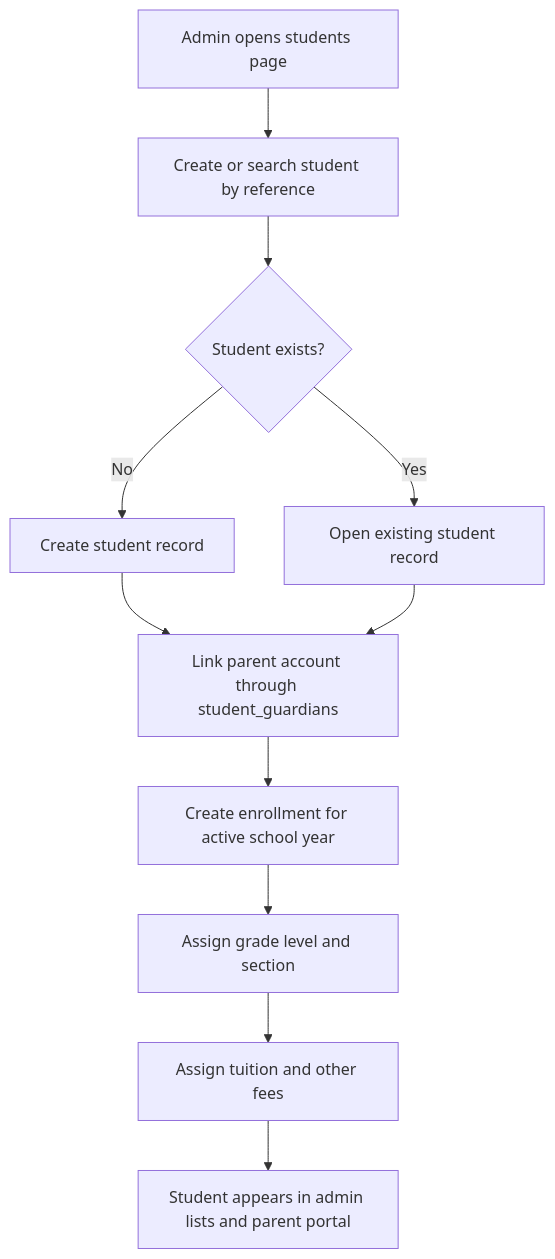
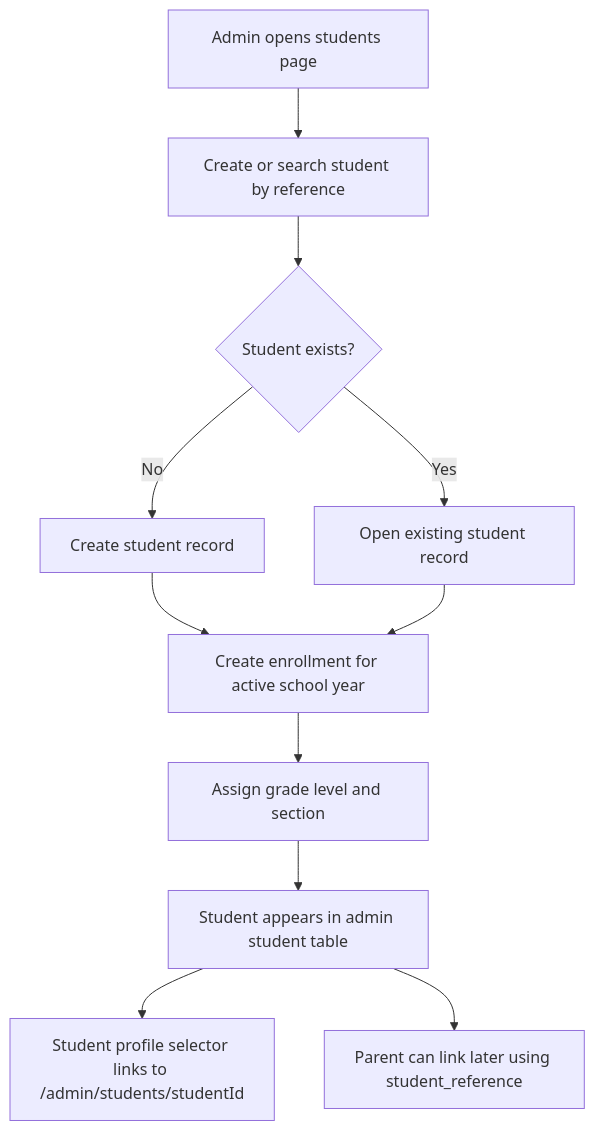
The third of 7 diagrams in docs/DATABASE_SCHEMA_PLAN.md (Xeyn19/xmetapay), drawn with Mermaid before and after one commit. The commit also changed other lines of this file and 5 other files, not shown here.

````diff
--- a/docs/DATABASE_SCHEMA_PLAN.md
+++ b/docs/DATABASE_SCHEMA_PLAN.md
@@ -587,13 +613,13 @@
 ```mermaid
 flowchart TD
   A["Admin opens students page"] --> B["Create or search student by reference"]
   B --> C{"Student exists?"}
   C -->|No| D["Create student record"]
   C -->|Yes| E["Open existing student record"]
-  D --> F["Link parent account through student_guardians"]
+  D --> F["Create enrollment for active school year"]
   E --> F
-  F --> G["Create enrollment for active school year"]
-  G --> H["Assign grade level and section"]
-  H --> I["Assign tuition and other fees"]
-  I --> J["Student appears in admin lists and parent portal"]
+  F --> G["Assign grade level and section"]
+  G --> H["Student appears in admin student table"]
+  H --> I["Student profile selector links to /admin/students/studentId"]
+  H --> J["Parent can link later using student_reference"]
 ```
````
